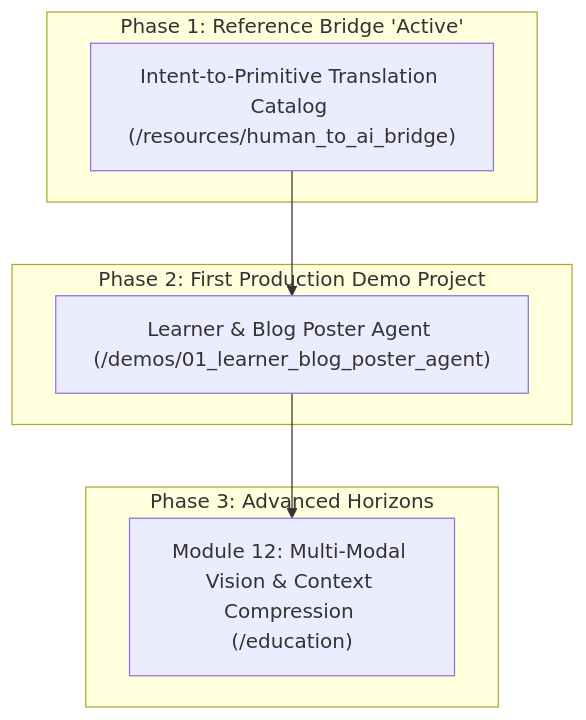
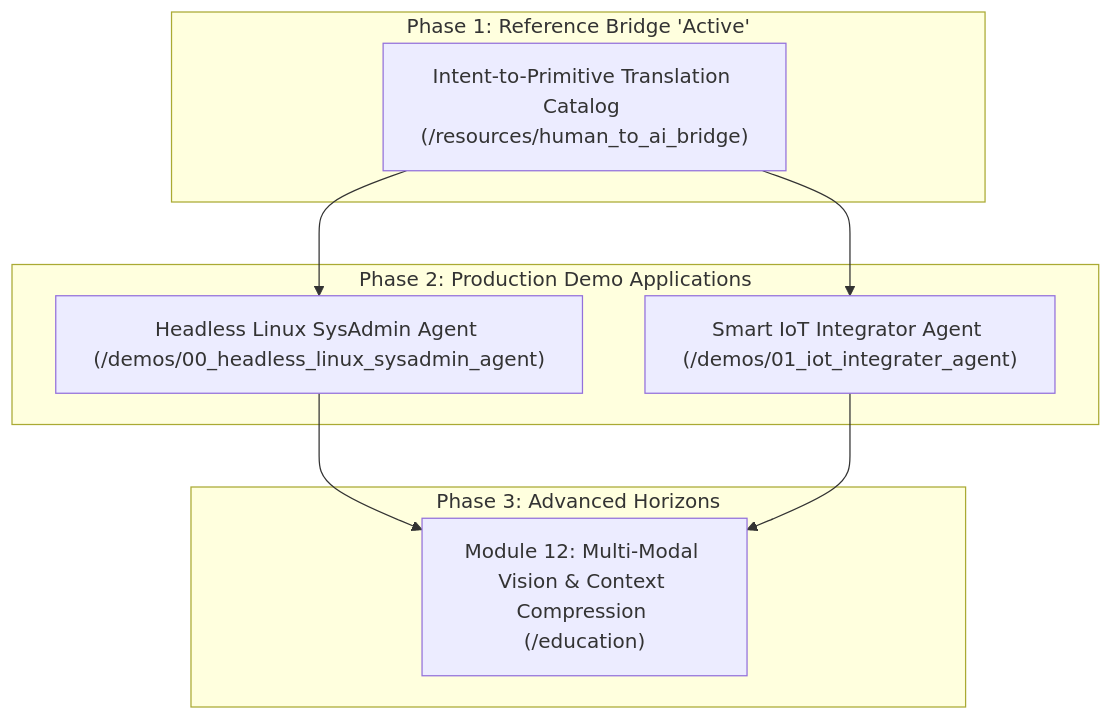
One commit to jacobbweber/AgenticAI-Labs changed the diagram in resources/ROADMAP.md. Above: the diagram before and after it, drawn with Mermaid. The commit also changed other lines of this file and 3 other files, not shown here.

````diff
--- a/resources/ROADMAP.md
+++ b/resources/ROADMAP.md
@@ -17,16 +17,17 @@
 ```mermaid
 flowchart TD
     subgraph Phase 1: Reference Bridge 'Active'
         P1["Intent-to-Primitive Translation Catalog (/resources/human_to_ai_bridge)"]
     end
 
-    subgraph Phase 2: First Production Demo Project
-        P2["Learner & Blog Poster Agent (/demos/01_learner_blog_poster_agent)"]
+    subgraph Phase 2: Production Demo Applications
+        P2A["Headless Linux SysAdmin Agent (/demos/00_headless_linux_sysadmin_agent)"]
+        P2B["Smart IoT Integrator Agent (/demos/01_iot_integrater_agent)"]
     end
 
     subgraph Phase 3: Advanced Horizons
         P3["Module 12: Multi-Modal Vision & Context Compression (/education)"]
     end
 
-    P1 --> P2 --> P3
+    P1 --> P2A & P2B --> P3
 ```
````
